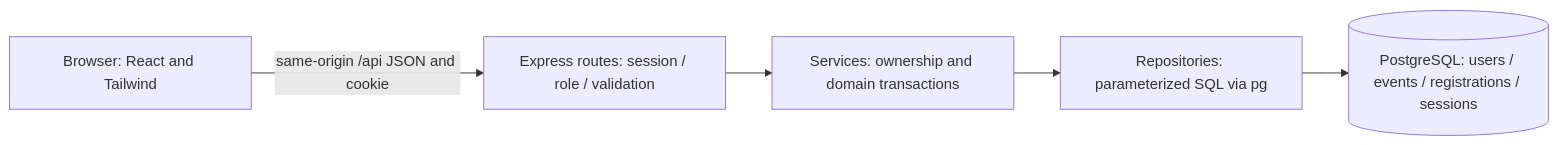
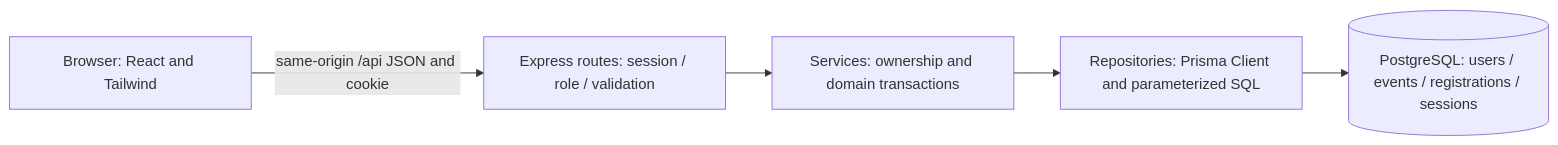
Before and after one commit to JeffMerry/reg-me-up: the first of 2 diagrams in docs/system-sds.md, drawn with Mermaid. The commit also changed other lines of this file and 2 other files, not shown here.

Commit message:
docs: adapt registration design to Prisma transactions

````diff
--- a/docs/system-sds.md
+++ b/docs/system-sds.md
@@ -14,7 +14,7 @@
 ```mermaid
 flowchart LR
   B[Browser: React and Tailwind] -->|same-origin /api JSON and cookie| A[Express routes: session / role / validation]
   A --> S[Services: ownership and domain transactions]
-  S --> R[Repositories: parameterized SQL via pg]
+  S --> R[Repositories: Prisma Client and parameterized SQL]
   R --> D[(PostgreSQL: users / events / registrations / sessions)]
 ```
````
